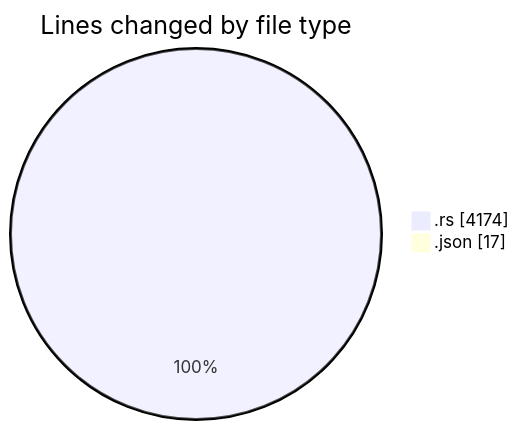
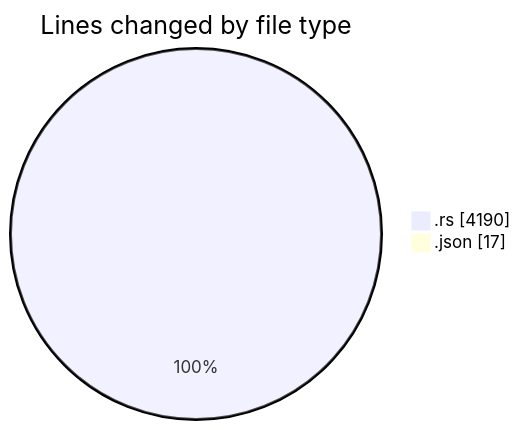
One commit to Ritupan-Deka/code-tracking changed the first of 2 diagrams in 2025-12-28/rust/README.md. Above: the diagram before and after it, drawn with Mermaid. The commit also changed other lines of this file and 1 other file, not shown here.

````diff
--- a/2025-12-28/rust/README.md
+++ b/2025-12-28/rust/README.md
@@ -23,6 +23,6 @@
 ```mermaid
 pie showData
 title Lines changed by file type
-".rs" : 4174
+".rs" : 4190
 ".json" : 17
 ```
````
